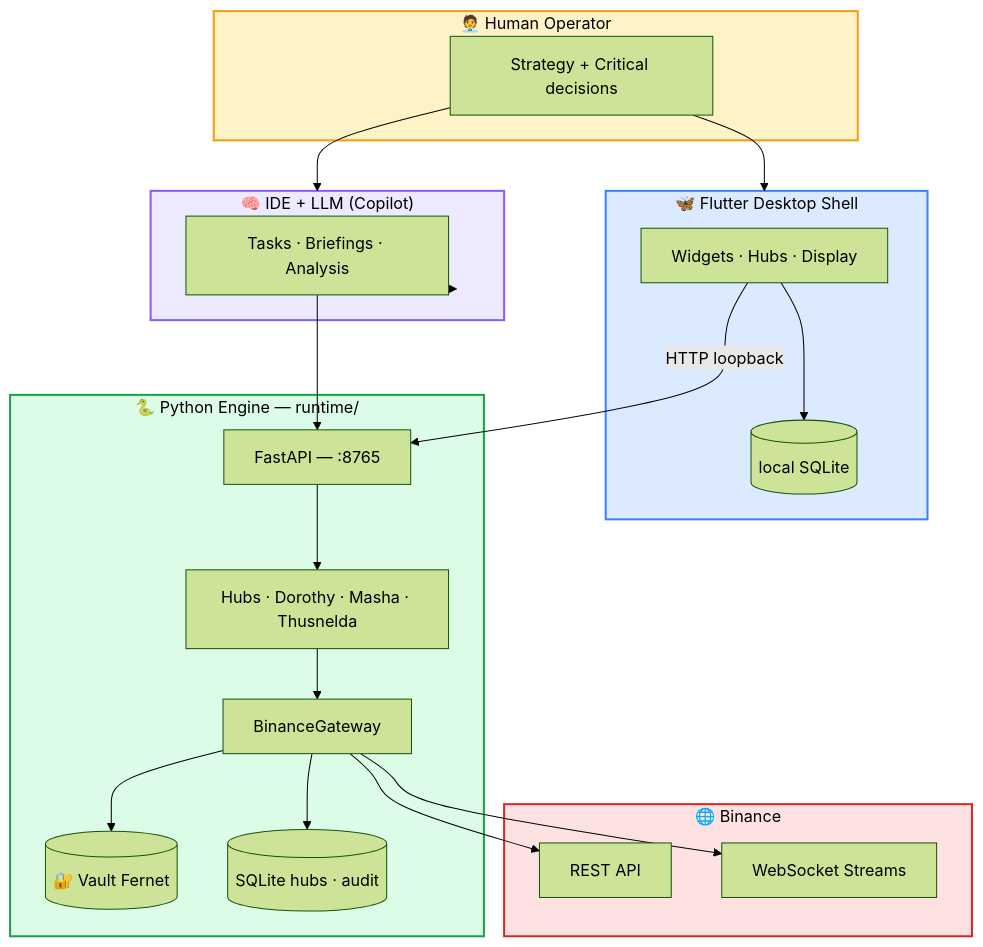
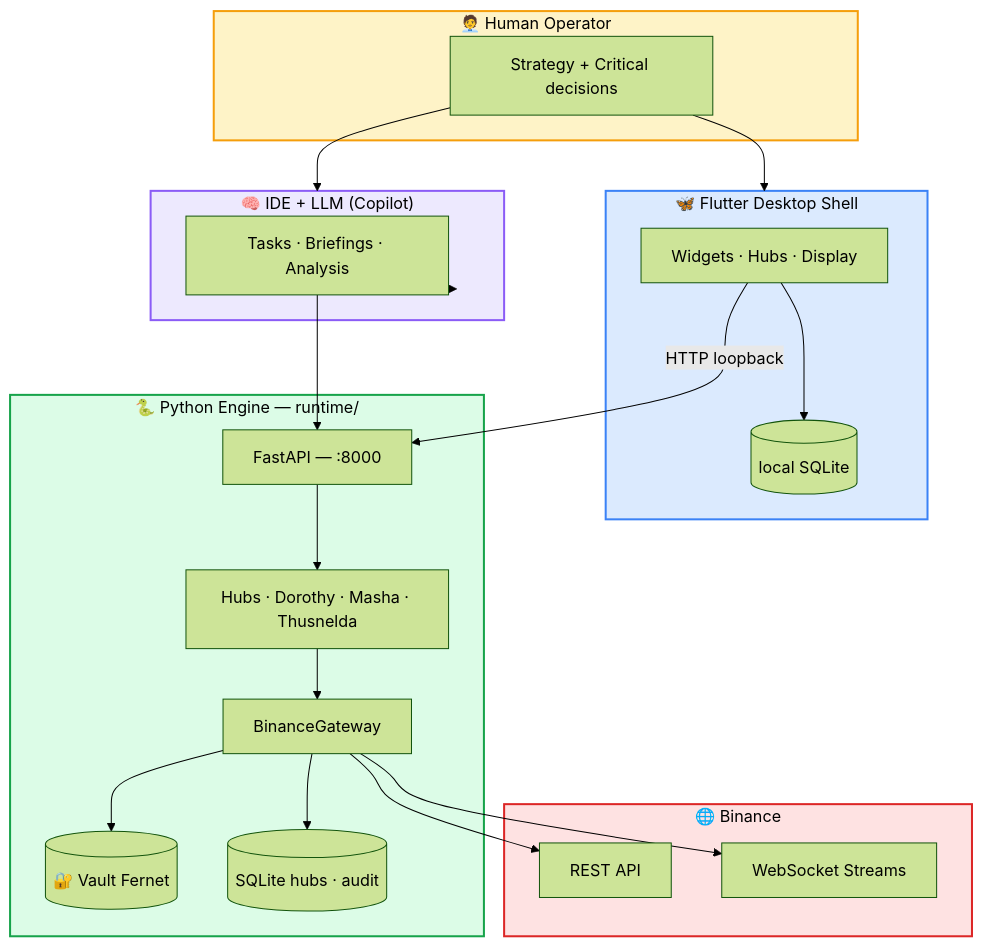
The first of 2 diagrams in wiki/Home.md (CuevazaArt/Pecunator-AccuMonetas), drawn with Mermaid (forest theme) before and after one commit. The commit also changed other lines of this file and 13 other files, not shown here.

````diff
--- a/wiki/Home.md
+++ b/wiki/Home.md
@@ -113,47 +113,47 @@
 ```mermaid
 flowchart TB
     subgraph OP["🧑‍💼 Human Operator"]
         H[Strategy + Critical decisions]
     end
 
 subgraph LLM["🧠 IDE + LLM (Copilot)"]
         T[Tasks · Briefings · Analysis]
     end
 
 subgraph DART["🦋 Flutter Desktop Shell"]
         UI[Widgets · Hubs · Display]
         DB1[(local SQLite)]
     end
 
 subgraph PY["🐍 Python Engine — runtime/"]
-        API[FastAPI — :8765]
+        API[FastAPI — :8000]
         BOTS[Hubs · Dorothy · Masha · Thusnelda]
         GW[BinanceGateway]
         V[(🔐 Vault Fernet)]
         DB2[(SQLite hubs · audit)]
     end
 
 subgraph EXT["🌐 Binance"]
         REST[REST API]
         WS[WebSocket Streams]
     end
 
 H --> LLM
     H --> DART
     LLM --> T
     T --> API
     UI -->|HTTP loopback| API
     UI --> DB1
     API --> BOTS
     BOTS --> GW
     GW --> V
     GW --> DB2
     GW --> REST
     GW --> WS
 
 style OP fill:#fef3c7,stroke:#f59e0b,stroke-width:2px,color:#000
     style LLM fill:#ede9fe,stroke:#8b5cf6,stroke-width:2px,color:#000
     style DART fill:#dbeafe,stroke:#3b82f6,stroke-width:2px,color:#000
     style PY fill:#dcfce7,stroke:#16a34a,stroke-width:2px,color:#000
     style EXT fill:#fee2e2,stroke:#dc2626,stroke-width:2px,color:#000
 ```
````
